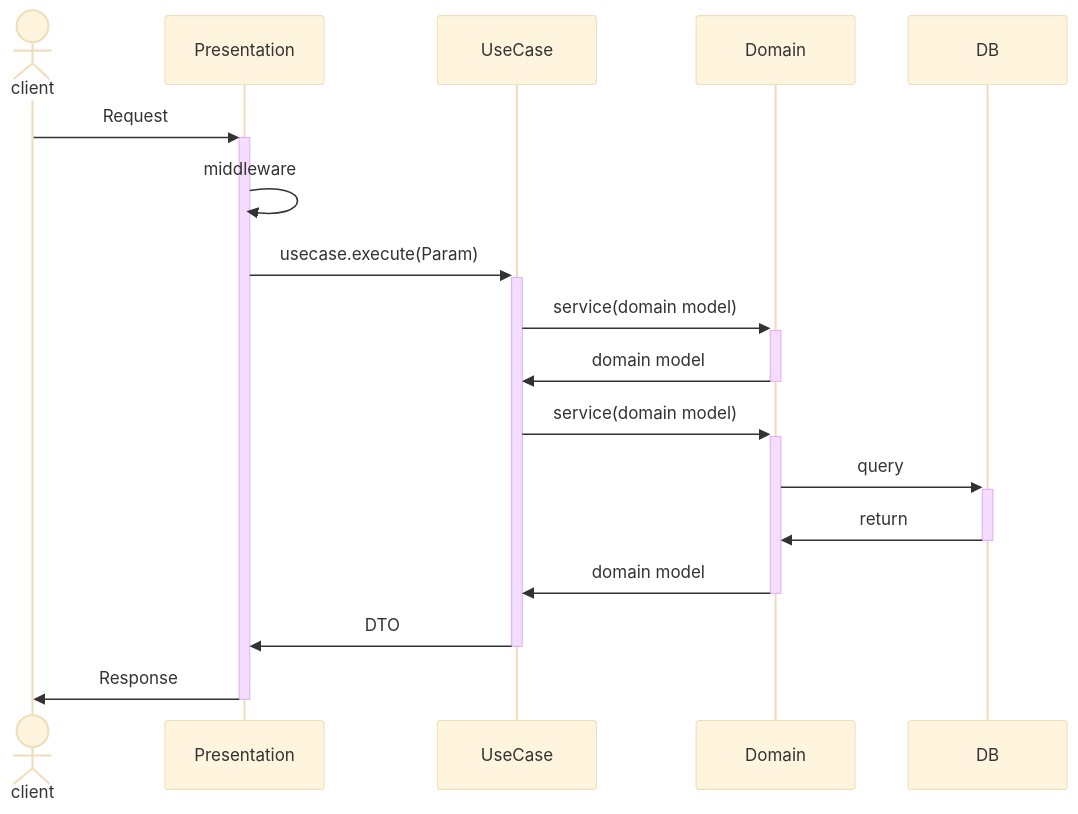
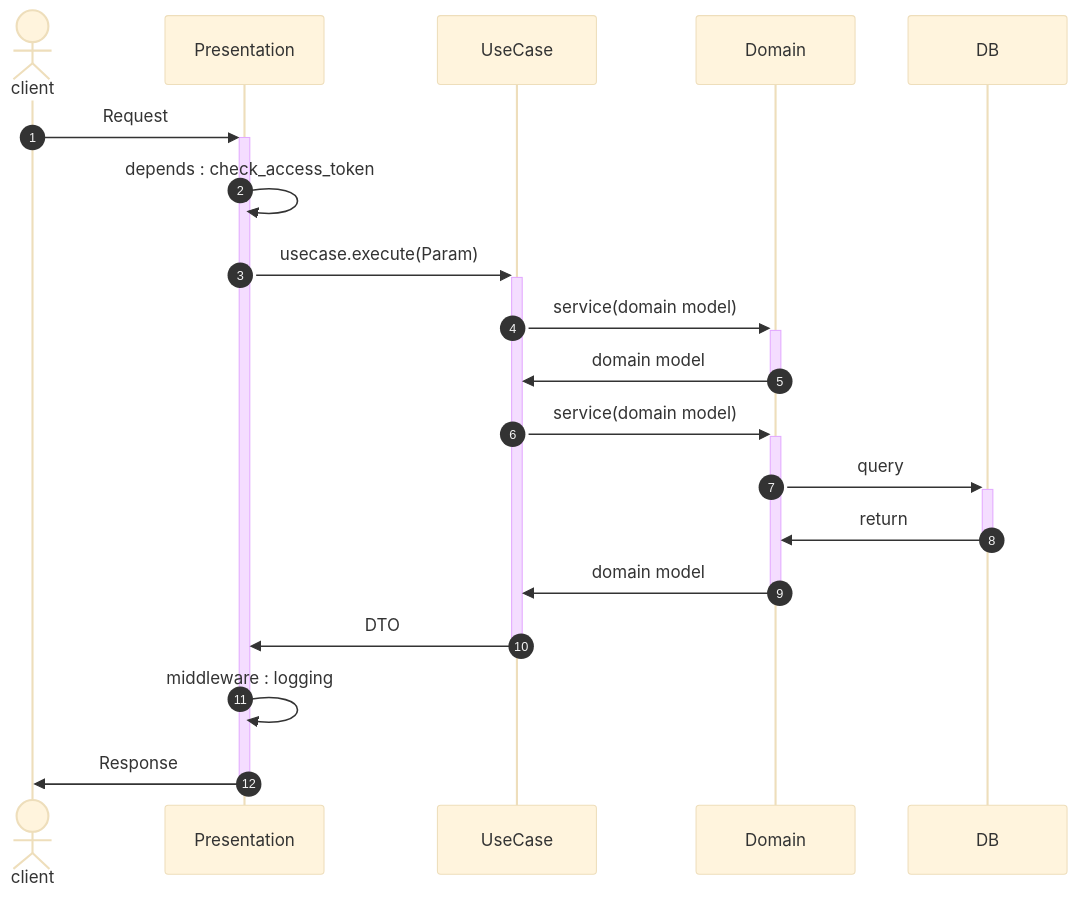
One commit to ShunsukeNONOMURA/master-webapp changed the diagram in readme.md. Above: the diagram before and after it, drawn with Mermaid (base theme). The commit also changed other lines of this file and 374 other files, not shown here.

````diff
--- a/readme.md
+++ b/readme.md
@@ -68,24 +80,26 @@
 ```mermaid
 sequenceDiagram
+  autonumber
 
   actor c as client
   participant p as Presentation
   participant u as UseCase
   participant d as Domain
   participant db as DB
 
   c->>+p : Request
-  p->>p: middleware
+  p->>p: depends : check_access_token
   p->>+u : usecase.execute(Param)
 
   u->>+d : service(domain model)
   d->>-u : domain model
 
   u->>+d : service(domain model)
   d->>+db : query
   db->>-d : return
   d->>-u : domain model
 
   u->>-p : DTO
+  p->>p: middleware : logging
   p->>-c: Response
 ```
````
